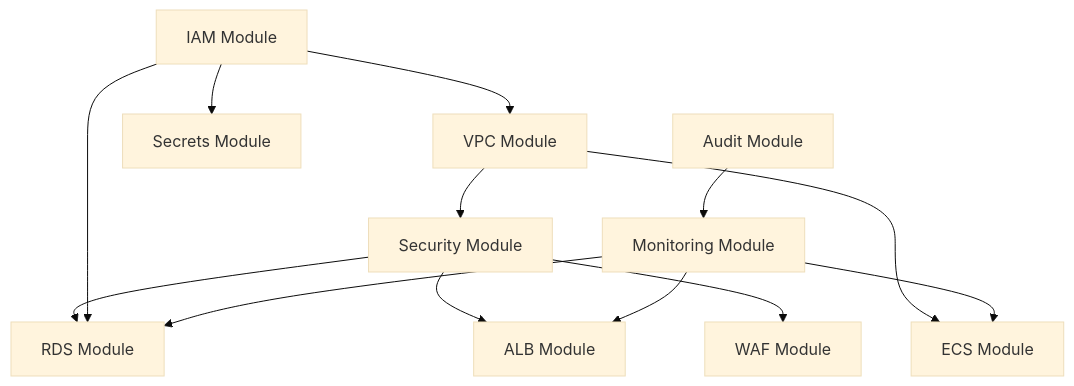
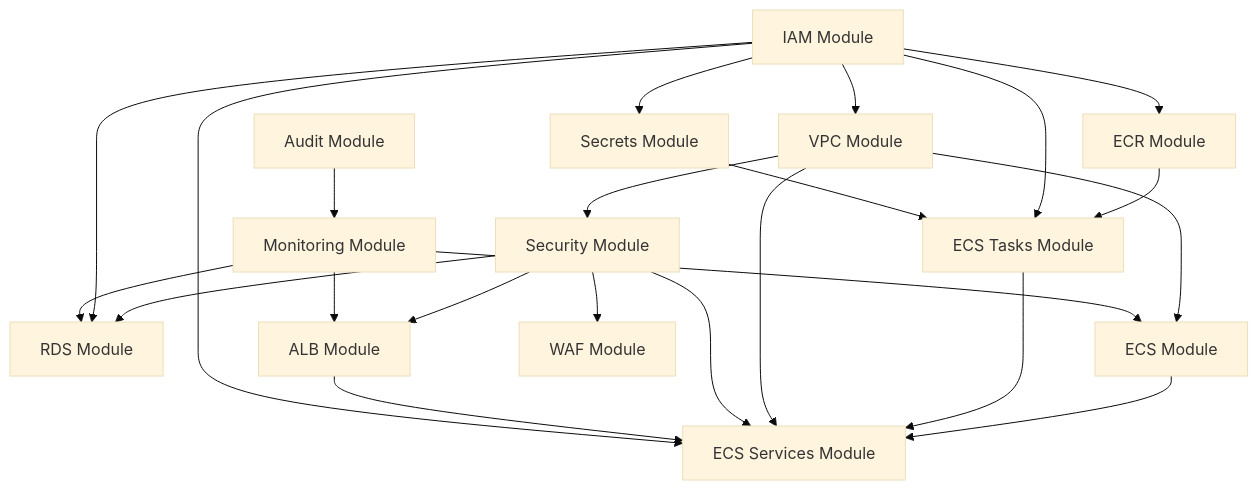
The diagram in terraform/README.md (FomasTreeman/clever-better), drawn with Mermaid (base theme) before and after one commit. The commit also changed other lines of this file and 36 other files, not shown here.

````diff
--- a/terraform/README.md
+++ b/terraform/README.md
@@ -54,15 +96,28 @@
 ```mermaid
 graph TB
   IAM[IAM Module] --> VPC[VPC Module]
   VPC --> SG[Security Module]
   SG --> RDS[RDS Module]
   SG --> ALB[ALB Module]
   IAM --> RDS
+  IAM --> ECR[ECR Module]
   VPC --> ECS[ECS Module]
   SG --> WAF[WAF Module]
   IAM --> Secrets[Secrets Module]
+
+  ECR --> ECS_TASKS[ECS Tasks Module]
+  IAM --> ECS_TASKS
+  Secrets --> ECS_TASKS
+
+  ECS --> ECS_SERVICES[ECS Services Module]
+  ECS_TASKS --> ECS_SERVICES
+  VPC --> ECS_SERVICES
+  SG --> ECS_SERVICES
+  ALB --> ECS_SERVICES
+  IAM --> ECS_SERVICES
+
   Monitoring[Monitoring Module] --> RDS
   Monitoring --> ECS
   Monitoring --> ALB
   Audit[Audit Module] --> Monitoring
 ```
````
